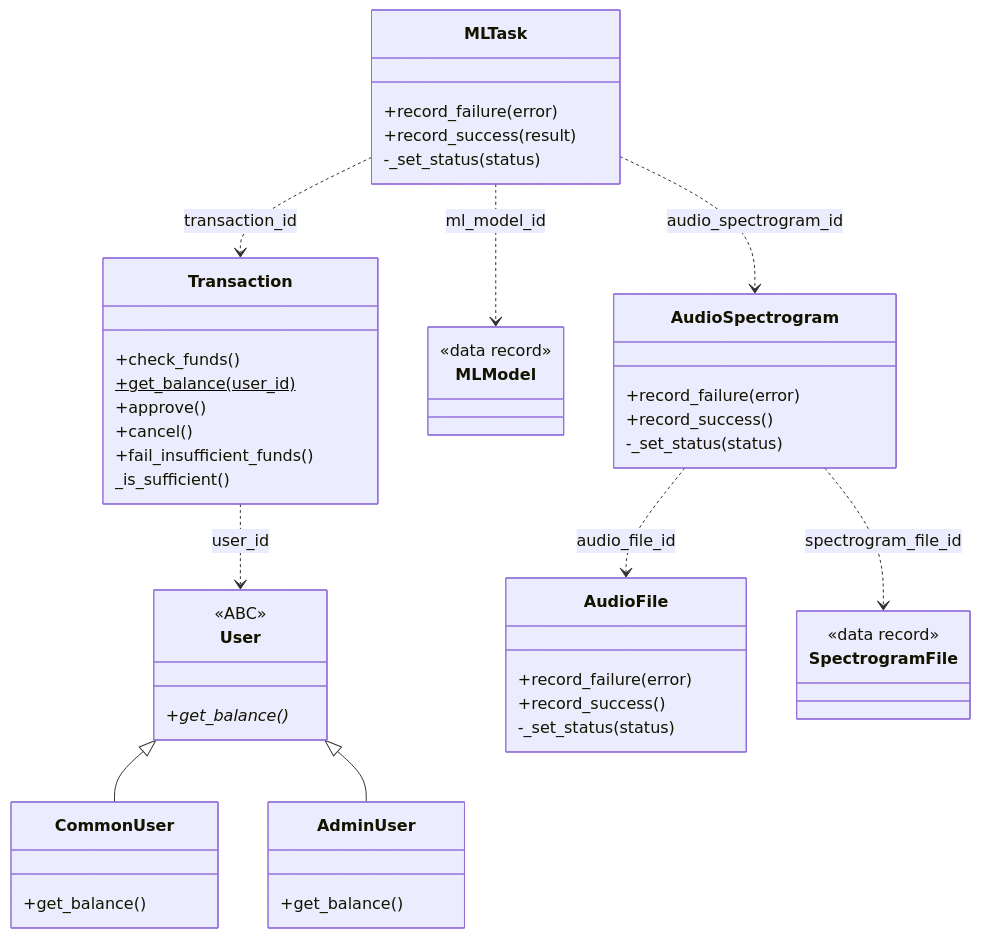
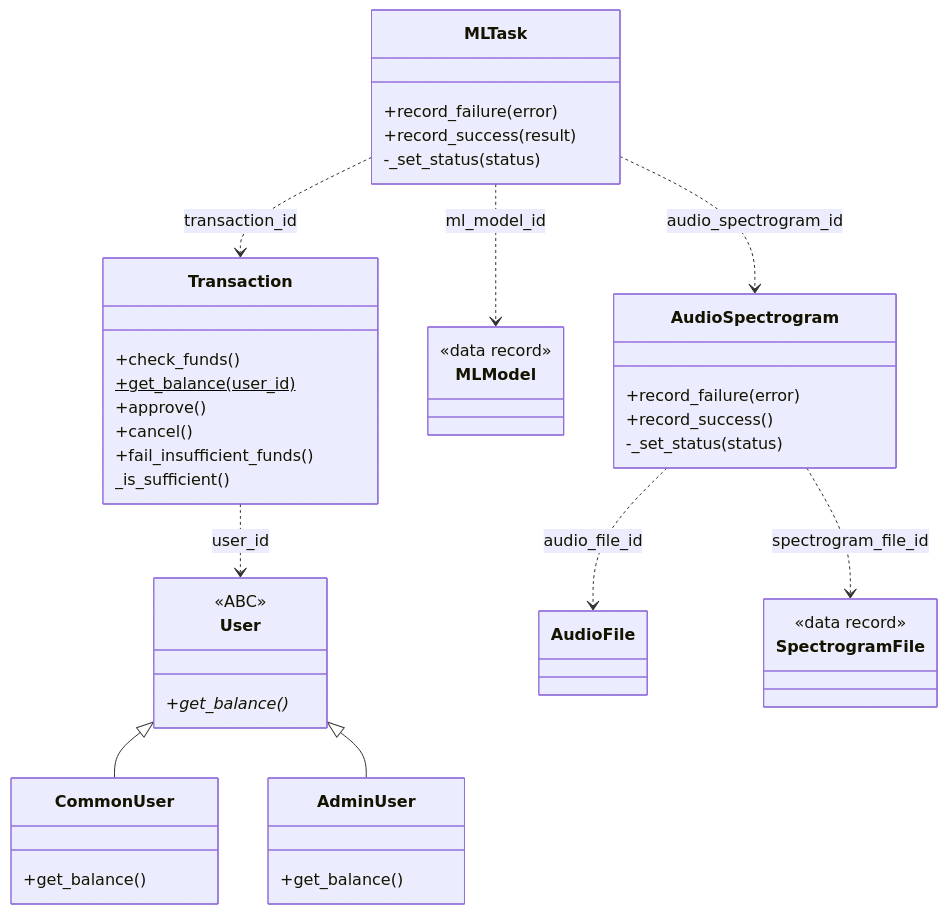
The first of 2 diagrams in README.md (Ch1g/MusicGenreSommelierAI), drawn with Mermaid before and after one commit. The commit also changed other lines of this file and 28 other files, not shown here.

````diff
--- a/README.md
+++ b/README.md
@@ -32,62 +33,59 @@
 ```mermaid
 classDiagram
     direction TB
 
     class User {
         <<ABC>>
         +get_balance()* 
     }
 
     class CommonUser {
         +get_balance()
     }
 
     class AdminUser {
         +get_balance()
     }
 
     class AudioFile {
-        +record_failure(error)
-        +record_success()
-        -_set_status(status)
     }
 
     class SpectrogramFile {
         <<data record>>
     }
 
     class AudioSpectrogram {
         +record_failure(error)
         +record_success()
         -_set_status(status)
     }
 
     class MLModel {
         <<data record>>
     }
 
     class MLTask {
         +record_failure(error)
         +record_success(result)
         -_set_status(status)
     }
 
     class Transaction {
         +check_funds()
         +get_balance(user_id) $
         +approve()
         +cancel()
         +fail_insufficient_funds()
         _is_sufficient()
     }
 
     User <|-- CommonUser
     User <|-- AdminUser
 
     MLTask ..> Transaction : transaction_id
     MLTask ..> MLModel : ml_model_id
     MLTask ..> AudioSpectrogram : audio_spectrogram_id
     Transaction ..> User : user_id
     AudioSpectrogram ..> AudioFile : audio_file_id
     AudioSpectrogram ..> SpectrogramFile : spectrogram_file_id
 ```
````
